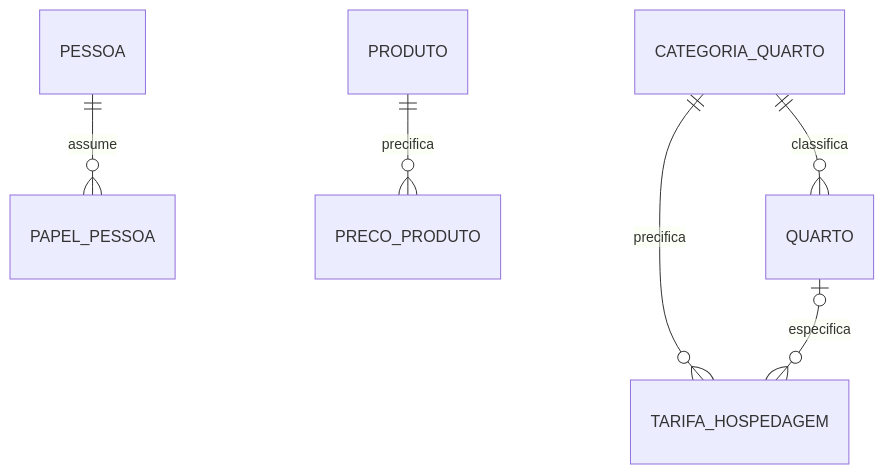
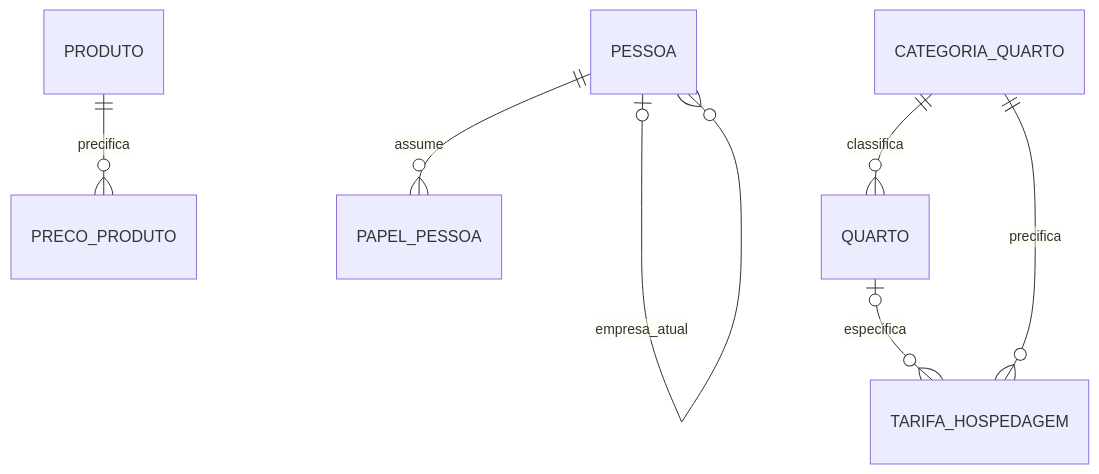
Before and after one commit to GuiMayer/erp-pousada: the first of 4 diagrams in docs/REQUISITOS_E_MODELAGEM_ERP.md, drawn with Mermaid. The commit also changed other lines of this file and 6 other files, not shown here.

```diff
--- a/docs/REQUISITOS_E_MODELAGEM_ERP.md
+++ b/docs/REQUISITOS_E_MODELAGEM_ERP.md
@@ -130,8 +133,9 @@
 ~~~mermaid
 erDiagram
   PESSOA ||--o{ PAPEL_PESSOA : assume
+  PESSOA o|--o{ PESSOA : empresa_atual
   PRODUTO ||--o{ PRECO_PRODUTO : precifica
   CATEGORIA_QUARTO ||--o{ QUARTO : classifica
   CATEGORIA_QUARTO ||--o{ TARIFA_HOSPEDAGEM : precifica
   QUARTO o|--o{ TARIFA_HOSPEDAGEM : especifica
 ~~~
```
